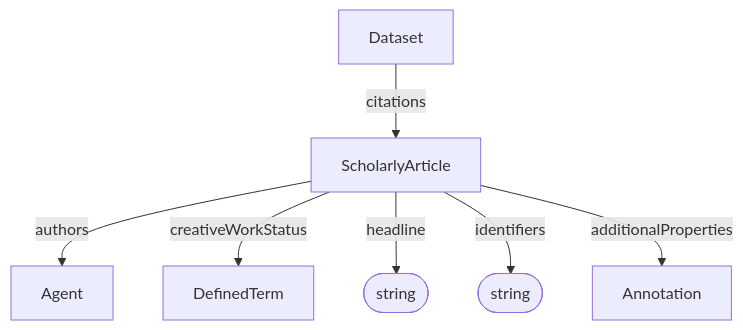
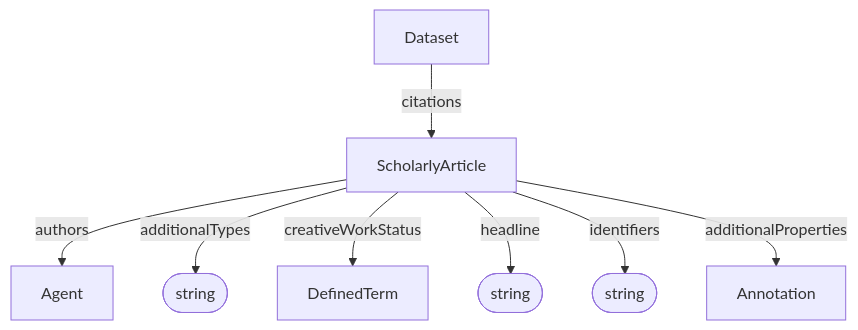
One commit to HLWeil/ARC-base-model changed the diagram in docs/spec/administrative/ScholarlyArticle.md. Above: the diagram before and after it, drawn with Mermaid. The commit also changed other lines of this file and 25 other files, not shown here.

````diff
--- a/docs/spec/administrative/ScholarlyArticle.md
+++ b/docs/spec/administrative/ScholarlyArticle.md
@@ -30,16 +31,19 @@
 ```mermaid
 flowchart TD
+
+    additionalTypes@{ shape: stadium, label: "string" }
 
     hl@{ shape: stadium, label: "string" }
 
     p1@{ shape: stadium, label: "string" }
     p2[Annotation]
 
     Dataset --citations--> ScholarlyArticle
     ScholarlyArticle --authors--> Agent
+    ScholarlyArticle --additionalTypes--> additionalTypes
     ScholarlyArticle --creativeWorkStatus--> DefinedTerm
     ScholarlyArticle --headline--> hl
     ScholarlyArticle --identifiers--> p1
     ScholarlyArticle --additionalProperties--> p2
 
 ```
````
